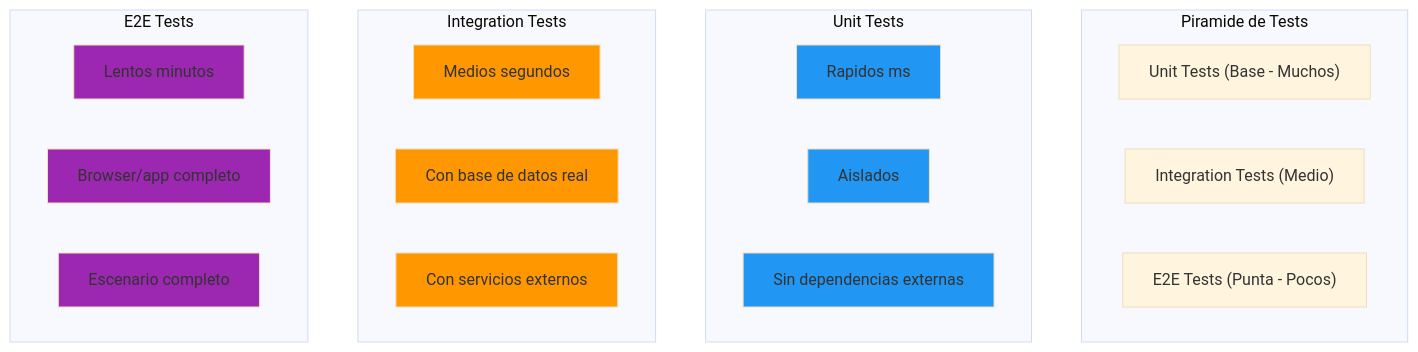
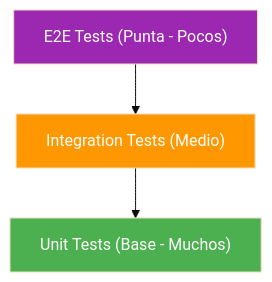
Before and after one commit to joseluisgs/DesarrolloWebEntornosServidor-02-2026-2027: the diagram in 28-testing.md, drawn with Mermaid (base theme). The commit also changed other lines of this file and 5 other files, not shown here.

````diff
--- a/28-testing.md
+++ b/28-testing.md
@@ -102,35 +52,9 @@
 ```mermaid
 flowchart TD
-    subgraph "Piramide de Tests"
-        A1["Unit Tests (Base - Muchos)"]
-        A2["Integration Tests (Medio)"]
-        A3["E2E Tests (Punta - Pocos)"]
-    end
-    
-    subgraph "Unit Tests"
-        B1["Rapidos ms"]
-        B2["Aislados"]
-        B3["Sin dependencias externas"]
-        style B1 fill:#2196F3
-        style B2 fill:#2196F3
-        style B3 fill:#2196F3
-    end
-    
-    subgraph "Integration Tests"
-        C1["Medios segundos"]
-        C2["Con base de datos real"]
-        C3["Con servicios externos"]
-        style C1 fill:#FF9800
-        style C2 fill:#FF9800
-        style C3 fill:#FF9800
-    end
-    
-    subgraph "E2E Tests"
-        D1["Lentos minutos"]
-        D2["Browser/app completo"]
-        D3["Escenario completo"]
-        style D1 fill:#9C27B0
-        style D2 fill:#9C27B0
-        style D3 fill:#9C27B0
-    end
+    A["E2E Tests (Punta - Pocos)"] --> B["Integration Tests (Medio)"]
+    B --> C["Unit Tests (Base - Muchos)"]
+
+    style A fill:#9C27B0,color:#fff
+    style B fill:#FF9800,color:#fff
+    style C fill:#4CAF50,color:#fff
 ```
````
